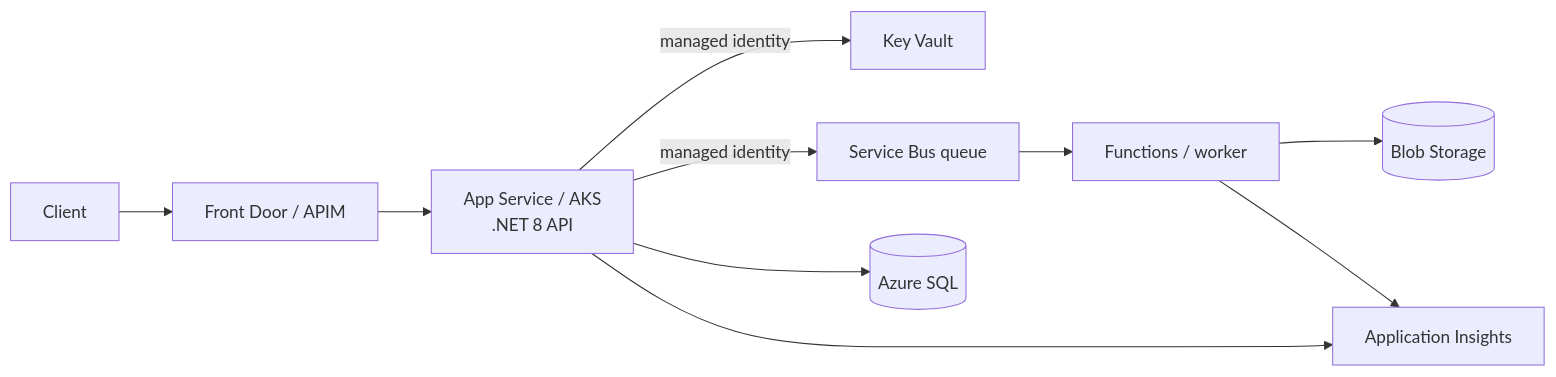
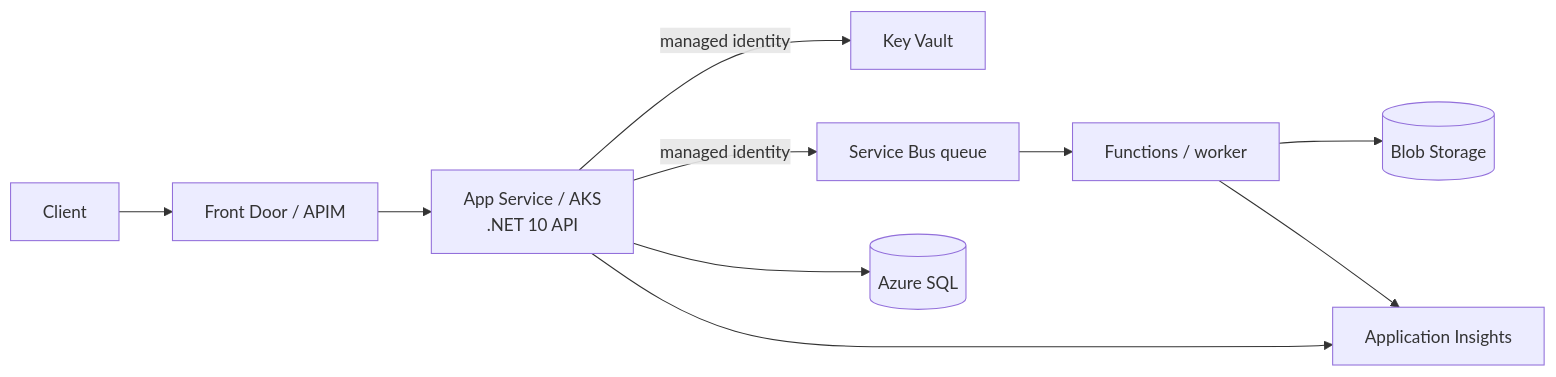
Before and after one commit to babuk123/dotnet-azure-genai-playbook: the diagram in 12-azure-services/README.md, drawn with Mermaid. The commit also changed other lines of this file and 24 other files, not shown here.

````diff
--- a/12-azure-services/README.md
+++ b/12-azure-services/README.md
@@ -7,9 +7,9 @@
 ```mermaid
 flowchart LR
-    U["Client"] --> FD["Front Door / APIM"] --> APP["App Service / AKS<br/>.NET 8 API"]
+    U["Client"] --> FD["Front Door / APIM"] --> APP["App Service / AKS<br/>.NET 10 API"]
     APP -- managed identity --> KV["Key Vault"]
     APP -- managed identity --> SB["Service Bus queue"] --> FN["Functions / worker"]
     APP --> SQL[("Azure SQL")]
     FN --> ST[("Blob Storage")]
     APP & FN --> AI["Application Insights"]
 ```
````
